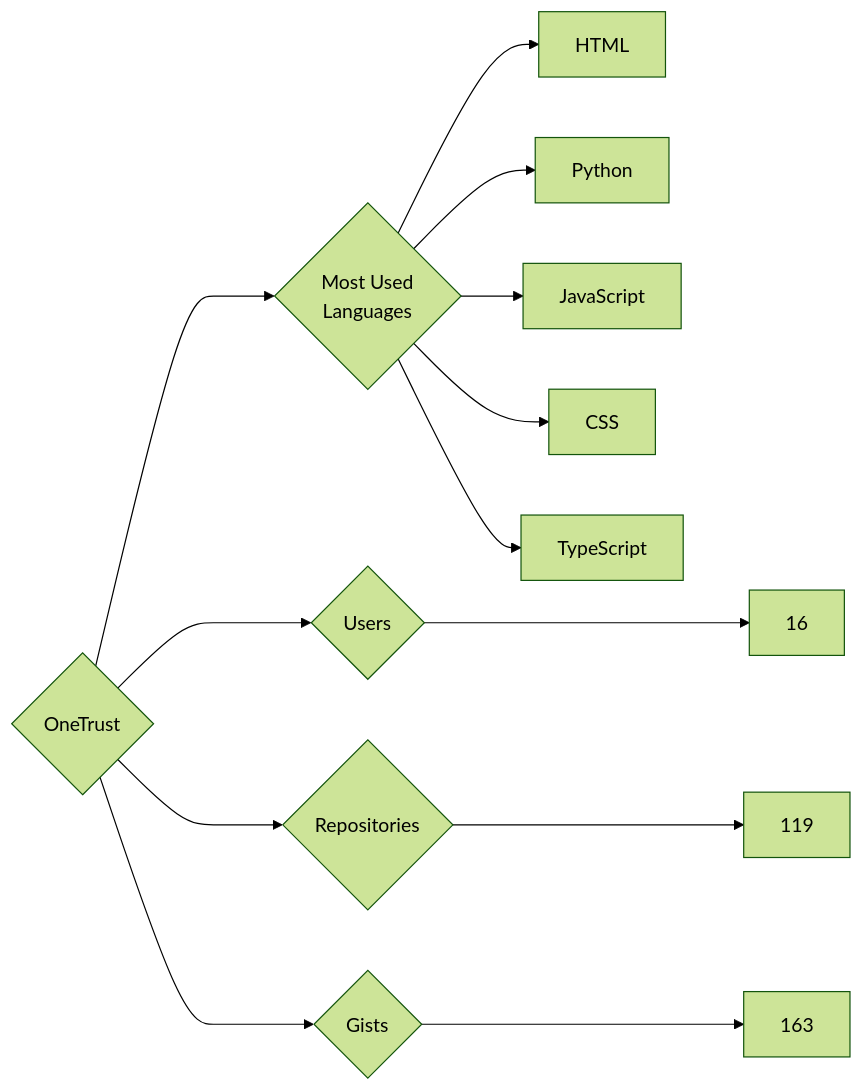
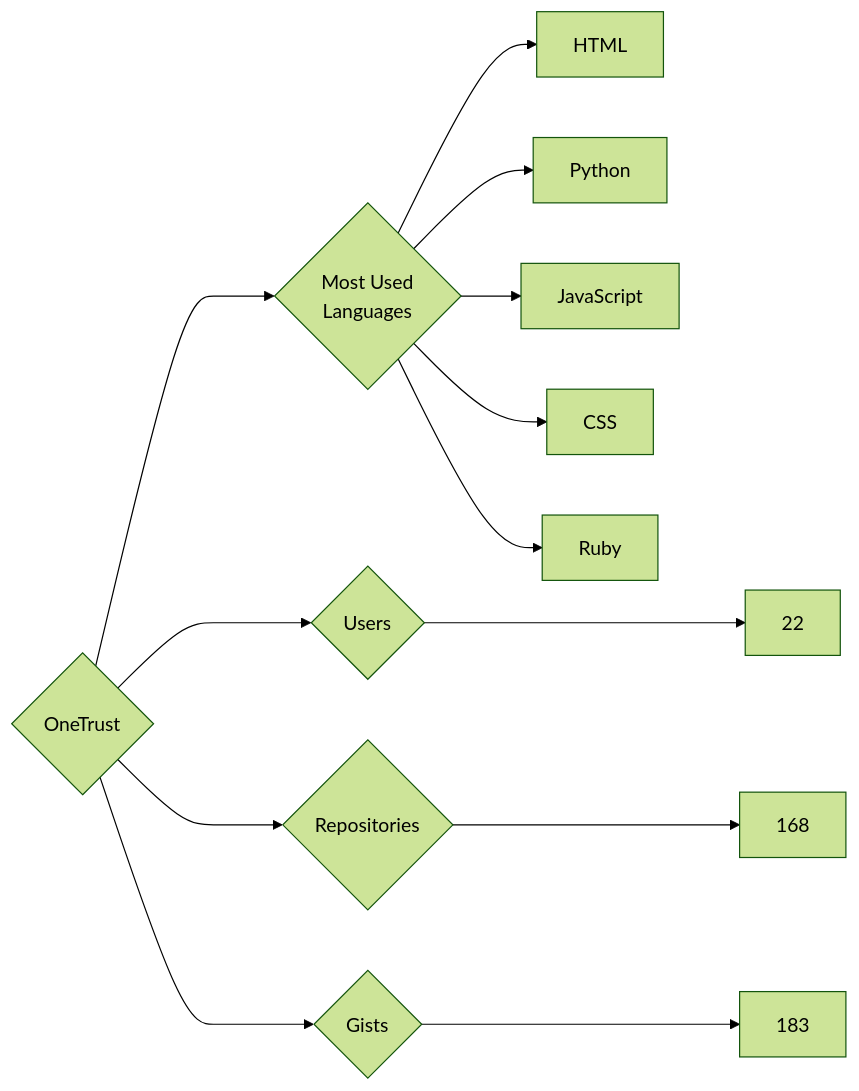
Before and after one commit to trickest/insiders: the diagram in targets/OneTrust/README.md, drawn with Mermaid (forest theme). The commit also changed 912 other files, not shown here.

````diff
--- a/targets/OneTrust/README.md
+++ b/targets/OneTrust/README.md
@@ -3,13 +3,13 @@
 ```mermaid
 graph LR
 COMPANY_NAME{OneTrust}
-COMPANY_NAME ---> U{Users} ---> UN[16]
-COMPANY_NAME ---> R{Repositories} ---> RN[119]
-COMPANY_NAME ---> G{Gists} ---> GN[163]
+COMPANY_NAME ---> U{Users} ---> UN[22]
+COMPANY_NAME ---> R{Repositories} ---> RN[168]
+COMPANY_NAME ---> G{Gists} ---> GN[183]
 COMPANY_NAME ---> ML{Most Used<br>Languages}
 ML --> HTML[HTML]
 ML --> Python[Python]
 ML --> JavaScript[JavaScript]
 ML --> CSS[CSS]
-ML --> TypeScript[TypeScript]
+ML --> Ruby[Ruby]
 ```
````
